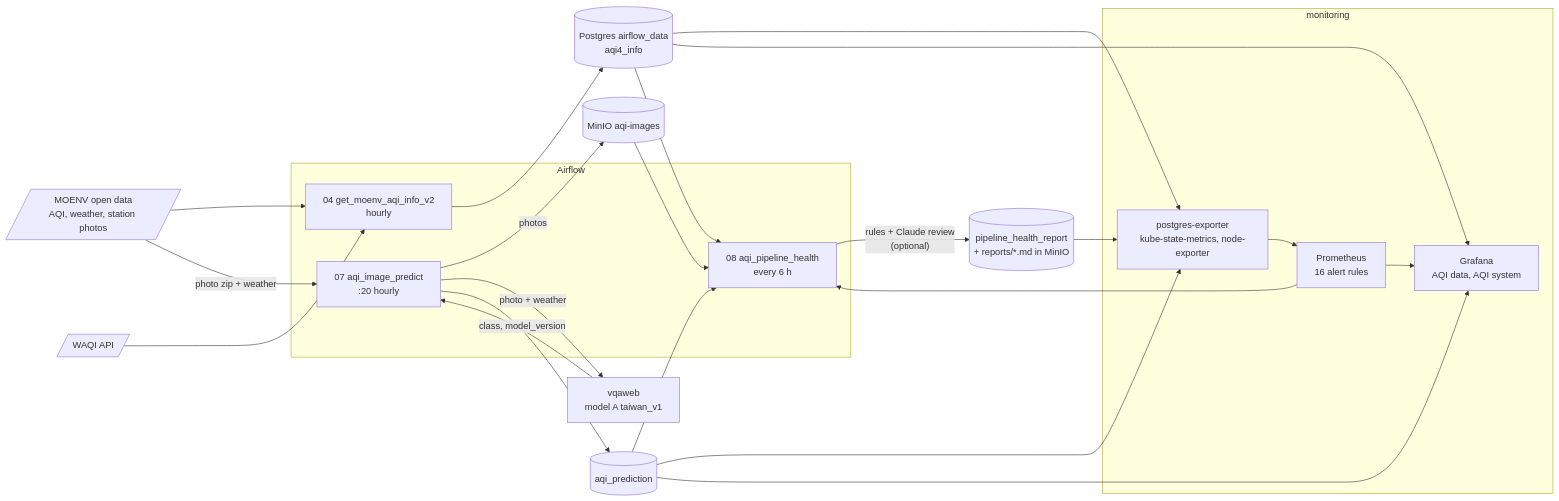
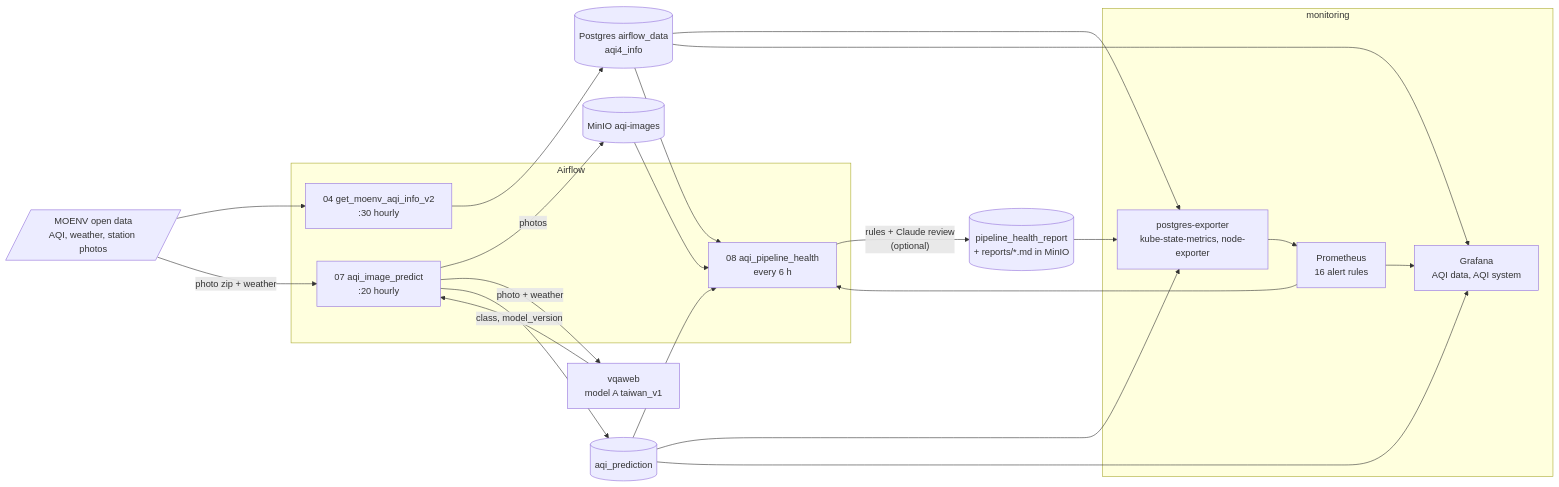
One commit to jack-lio/sql-k8s changed the third of 3 diagrams in README.md. Above: the diagram before and after it, drawn with Mermaid. The commit also changed other lines of this file and 14 other files, not shown here.

````diff
--- a/README.md
+++ b/README.md
@@ -61,39 +61,37 @@
 ```mermaid
 flowchart LR
     moenv[/"MOENV open data<br/>AQI, weather, station photos"/]
-    waqi[/WAQI API/]
 
     subgraph af [Airflow]
-        d04["04 get_moenv_aqi_info_v2<br/>hourly"]
+        d04["04 get_moenv_aqi_info_v2<br/>:30 hourly"]
         d07["07 aqi_image_predict<br/>:20 hourly"]
         d08["08 aqi_pipeline_health<br/>every 6 h"]
     end
 
     moenv --> d04
-    waqi --> d04
     moenv -- "photo zip + weather" --> d07
 
     d04 --> aqi[("Postgres airflow_data<br/>aqi4_info")]
     d07 -- "photos" --> s3[("MinIO aqi-images")]
     d07 -- "photo + weather" --> web["vqaweb<br/>model A taiwan_v1"]
     web -- "class, model_version" --> d07
     d07 --> pred[("aqi_prediction")]
 
     aqi --> d08
     pred --> d08
     s3 --> d08
     prom --> d08
     d08 -- "rules + Claude review<br/>(optional)" --> rep[("pipeline_health_report<br/>+ reports/*.md in MinIO")]
 
     subgraph mon [monitoring]
         exp["postgres-exporter<br/>kube-state-metrics, node-exporter"]
         prom[Prometheus<br/>16 alert rules]
         graf[Grafana<br/>AQI data, AQI system]
         exp --> prom --> graf
     end
     aqi --> exp
     pred --> exp
     rep --> exp
     aqi --> graf
     pred --> graf
 ```
````
